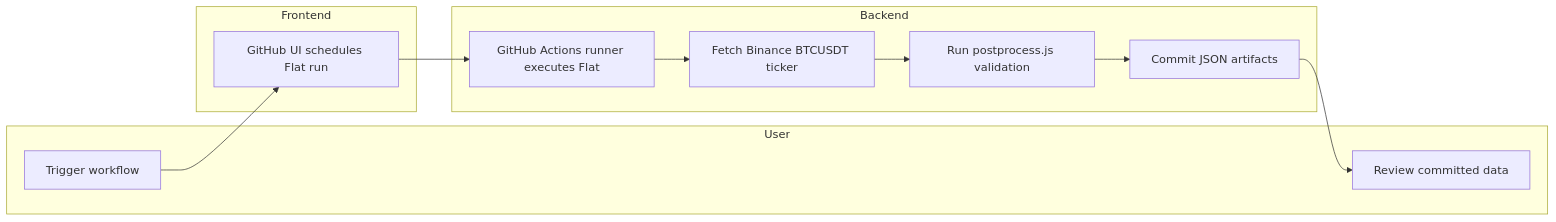
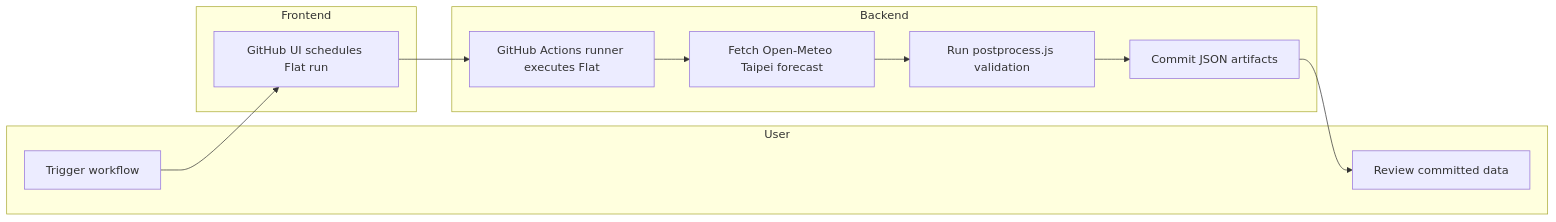
One commit to muyueh/flat-demo-bitcoin-price changed the sixth of 6 diagrams in README.md. Above: the diagram before and after it, drawn with Mermaid. The commit also changed other lines of this file and 6 other files, not shown here.

Commit message:
Switch workflow to Taipei weather forecast

````diff
--- a/README.md
+++ b/README.md
@@ -92,18 +92,18 @@
 ```mermaid
 flowchart LR
   subgraph User
     U1[Trigger workflow]
     U2[Review committed data]
   end
   subgraph Frontend
     F1[GitHub UI schedules Flat run]
   end
   subgraph Backend
     B1[GitHub Actions runner executes Flat]
-    B2[Fetch Binance BTCUSDT ticker]
+    B2[Fetch Open-Meteo Taipei forecast]
     B3[Run postprocess.js validation]
     B4[Commit JSON artifacts]
   end
 
   U1 --> F1 --> B1 --> B2 --> B3 --> B4 --> U2
 ```
````
